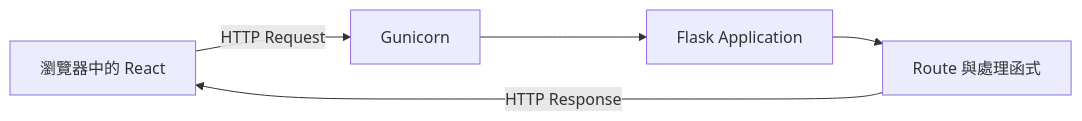
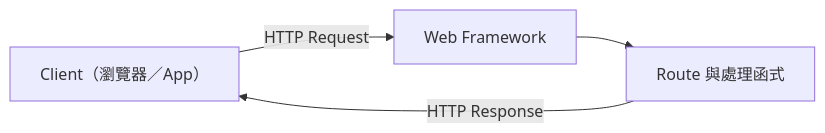
The first of 2 diagrams in docs/http_get_post_rest_api.md (CaoCharles/ai-deploy-docs), drawn with Mermaid before and after one commit. The commit also changed other lines of this file and 20 other files, not shown here.

````diff
--- a/docs/http_get_post_rest_api.md
+++ b/docs/http_get_post_rest_api.md
@@ -27,7 +27,6 @@
 ```mermaid
 flowchart LR
-    Browser["瀏覽器中的 React"] -->|"HTTP Request"| Server["Gunicorn"]
-    Server --> Flask["Flask Application"]
-    Flask --> Route["Route 與處理函式"]
-    Route -->|"HTTP Response"| Browser
+    Client["Client（瀏覽器／App）"] -->|"HTTP Request"| Server["Web Framework"]
+    Server --> Route["Route 與處理函式"]
+    Route -->|"HTTP Response"| Client
 ```
````
